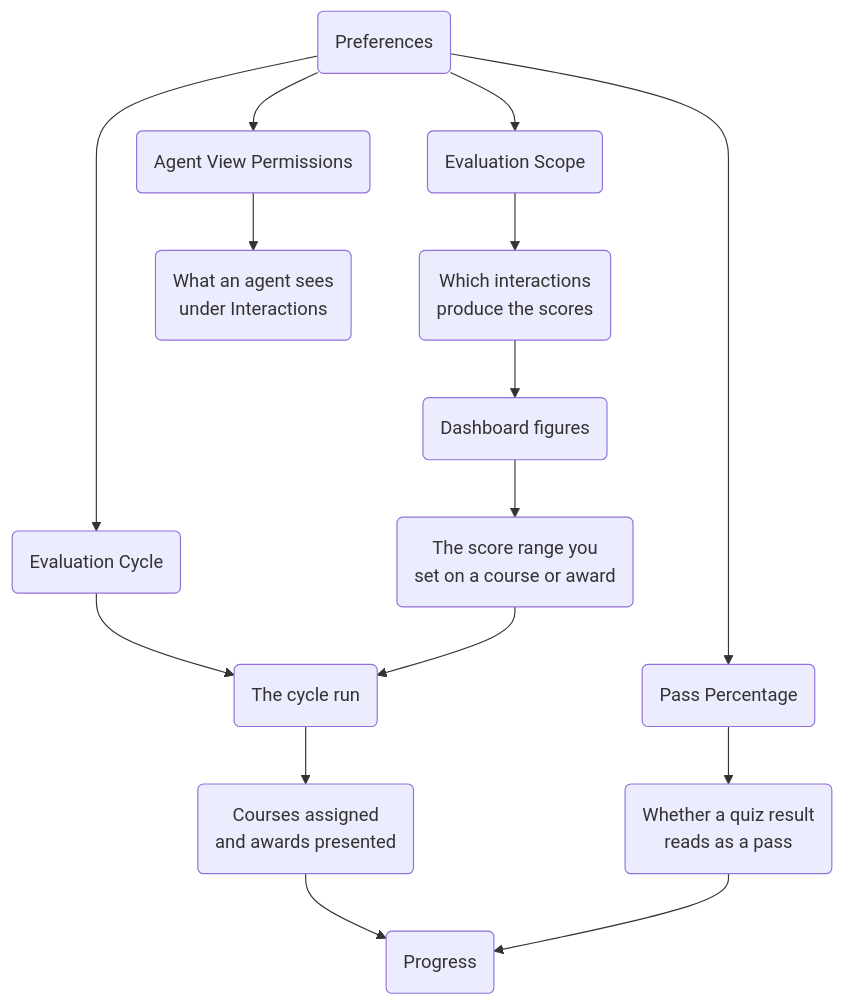
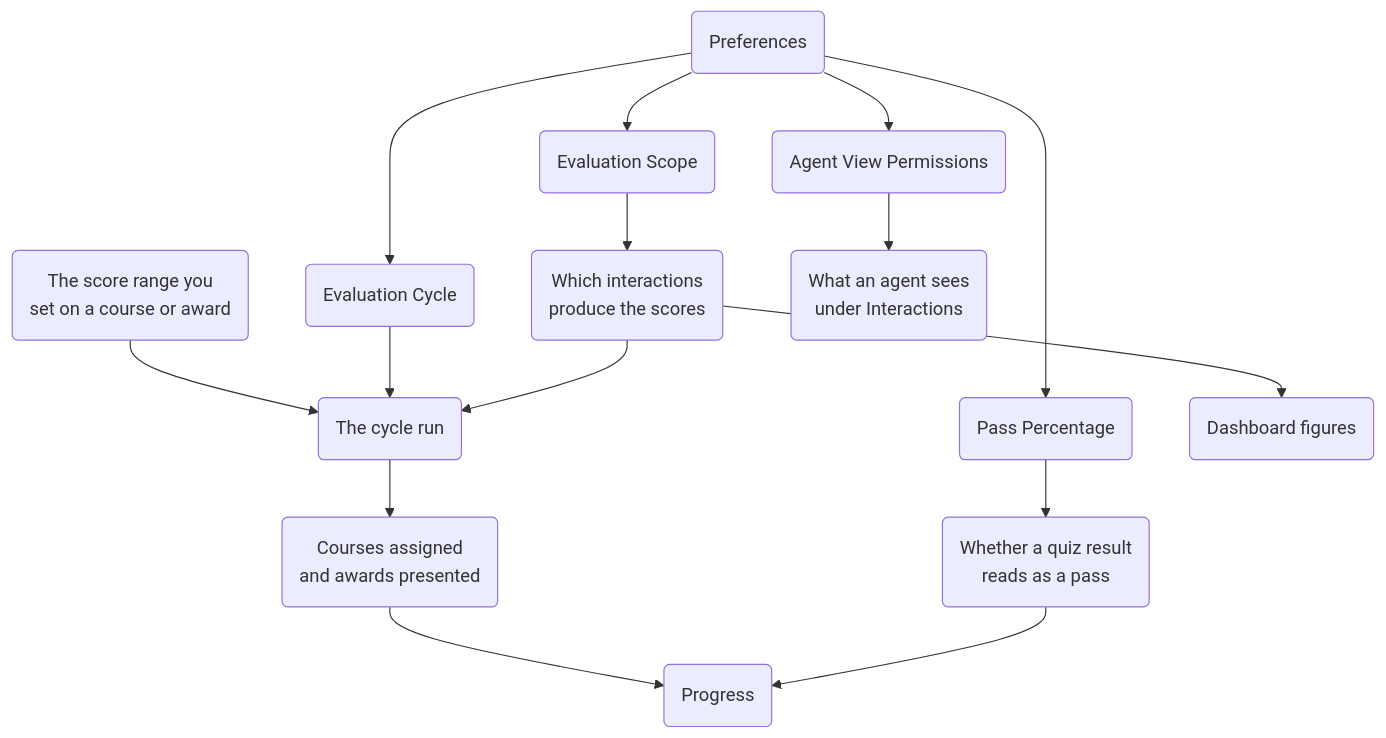
The diagram in docs/explanation/how-the-pieces-fit.md (Botlhale-AI/docs-coaching-portal), drawn with Mermaid before and after one commit. The commit also changed other lines of this file and 16 other files, not shown here.

````diff
--- a/docs/explanation/how-the-pieces-fit.md
+++ b/docs/explanation/how-the-pieces-fit.md
@@ -39,18 +39,18 @@
 ```mermaid
 flowchart TD
+    R("The score range you<br/>set on a course or award") --> A
     P("Preferences") --> C("Evaluation Cycle")
     P --> M("Pass Percentage")
     P --> E("Evaluation Scope")
     P --> V("Agent View Permissions")
 
     E --> S("Which interactions<br/>produce the scores")
+    C --> A("The cycle run")
+    S --> A
     S --> D("Dashboard figures")
-    D --> R("The score range you<br/>set on a course or award")
-    C --> A("The cycle run")
-    R --> A
     A --> G("Courses assigned<br/>and awards presented")
     G --> PR("Progress")
     M --> Q("Whether a quiz result<br/>reads as a pass")
     Q --> PR
     V --> I("What an agent sees<br/>under Interactions")
 ```
````
